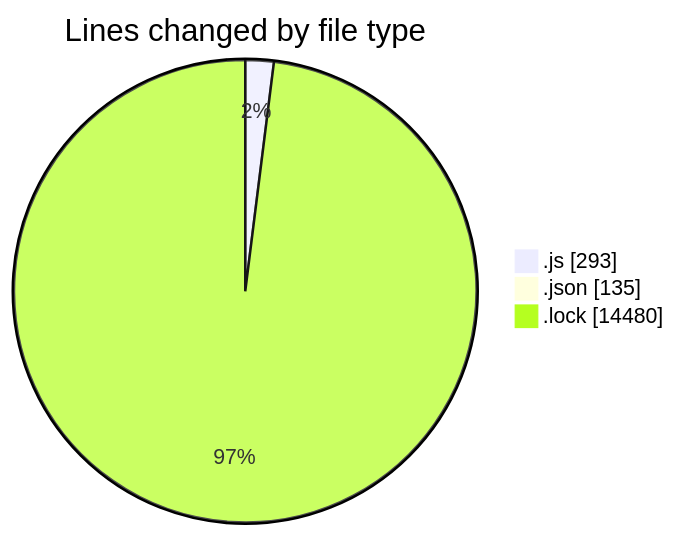
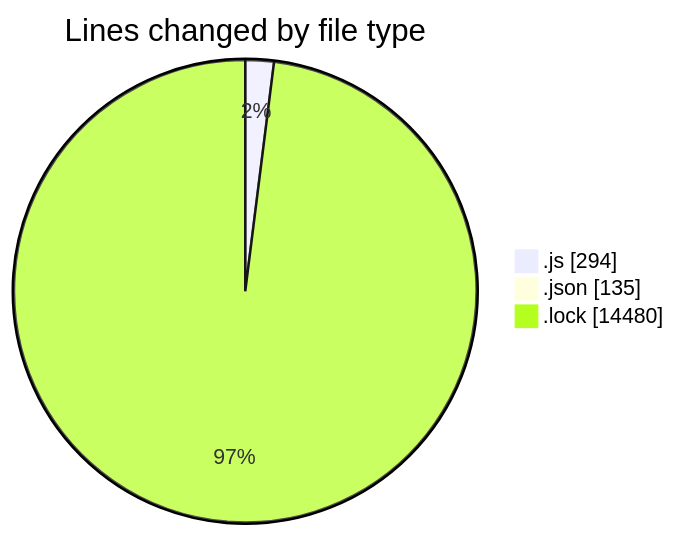
The first of 2 diagrams in 2025-12-18/cda/README.md (momahboobian/code-tracking), drawn with Mermaid before and after one commit. The commit also changed other lines of this file and 1 other file, not shown here.

````diff
--- a/2025-12-18/cda/README.md
+++ b/2025-12-18/cda/README.md
@@ -30,7 +30,7 @@
 ```mermaid
 pie showData
 title Lines changed by file type
-".js" : 293
+".js" : 294
 ".json" : 135
 ".lock" : 14480
 ```
````
